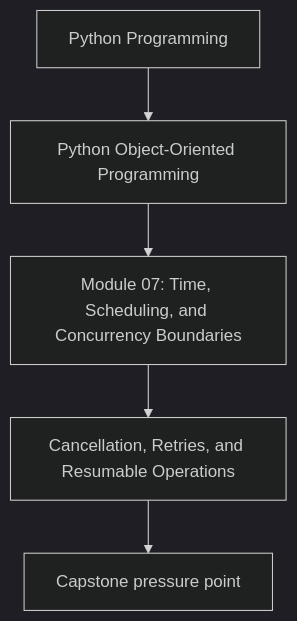
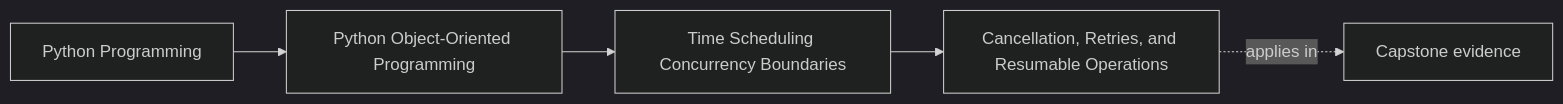
Before and after one commit to bijux/bijux-masterclass: the first of 2 diagrams in programs/python-programming/python-object-oriented-programming/course-book/module-07-time-scheduling-concurrency-boundaries/cancellation-retries-and-resumable-operations.md, drawn with Mermaid (dark theme). The commit also changed other lines of this file and 103 other files, not shown here.

Commit message:
docs(python-object-oriented-programming): map sustainment and capstone surfaces

````diff
--- a/programs/python-programming/python-object-oriented-programming/course-book/module-07-time-scheduling-concurrency-boundaries/cancellation-retries-and-resumable-operations.md
+++ b/programs/python-programming/python-object-oriented-programming/course-book/module-07-time-scheduling-concurrency-boundaries/cancellation-retries-and-resumable-operations.md
@@ -7,7 +7,11 @@
 ```mermaid
-flowchart TD
-  family["Python Programming"] --> program["Python Object-Oriented Programming"]
-  program --> module["Module 07: Time, Scheduling, and Concurrency Boundaries"]
-  module --> concept["Cancellation, Retries, and Resumable Operations"]
-  concept --> capstone["Capstone pressure point"]
+graph LR
+  family["Python Programming"]
+  program["Python Object-Oriented Programming"]
+  section["Time Scheduling Concurrency Boundaries"]
+  page["Cancellation, Retries, and Resumable Operations"]
+  capstone["Capstone evidence"]
+
+  family --> program --> section --> page
+  page -.applies in.-> capstone
 ```
````
